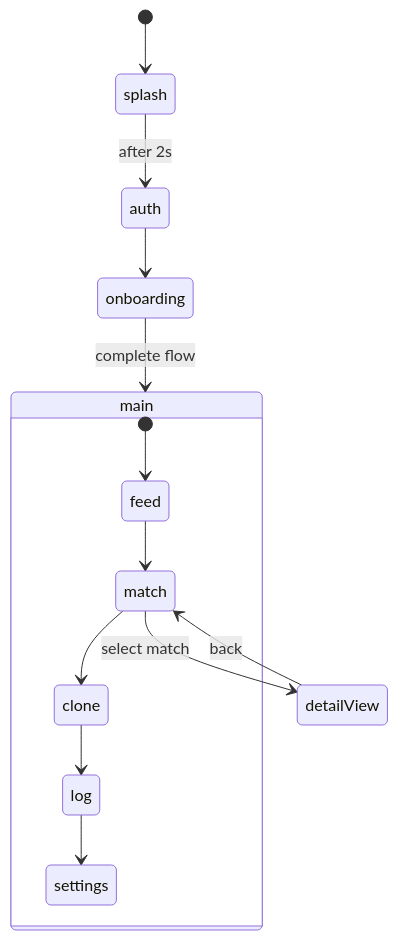
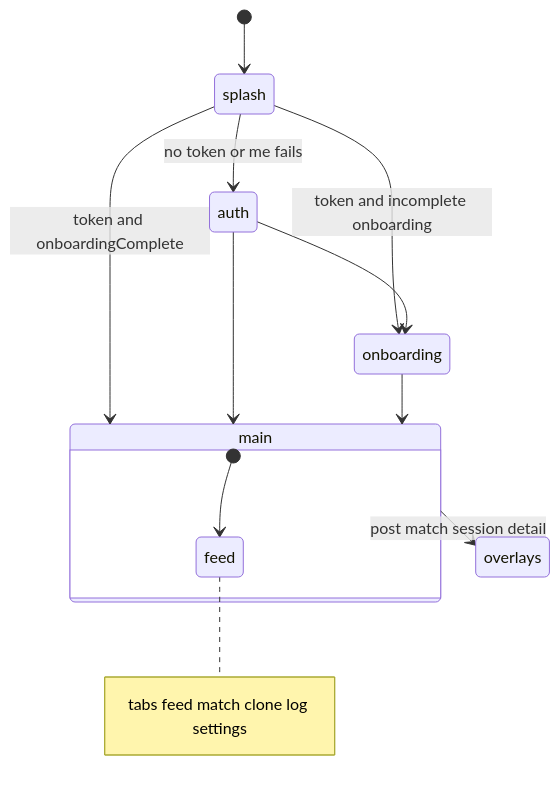
One commit to yth-pass/Echo changed the diagram in echo/docs/README.md. Above: the diagram before and after it, drawn with Mermaid. The commit also changed other lines of this file and 11 other files, not shown here.

First line of the commit message:
docs: sync README and docs with Phase 1 roadmap v1.1.0

````diff
--- a/echo/docs/README.md
+++ b/echo/docs/README.md
@@ -89,16 +80,15 @@
 ```mermaid
 stateDiagram-v2
   [*] --> splash
-  splash --> auth: after 2s
+  splash --> auth: no token or me fails
+  splash --> onboarding: token and incomplete onboarding
+  splash --> main: token and onboardingComplete
   auth --> onboarding
-  onboarding --> main: complete flow
+  auth --> main
+  onboarding --> main
   state main {
     [*] --> feed
-    feed --> match
-    match --> clone
-    clone --> log
-    log --> settings
+    note right of feed: tabs feed match clone log settings
   }
-  match --> detailView: select match
-  detailView --> match: back
+  main --> overlays: post match session detail
 ```
````
